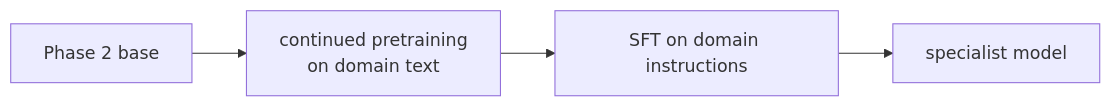
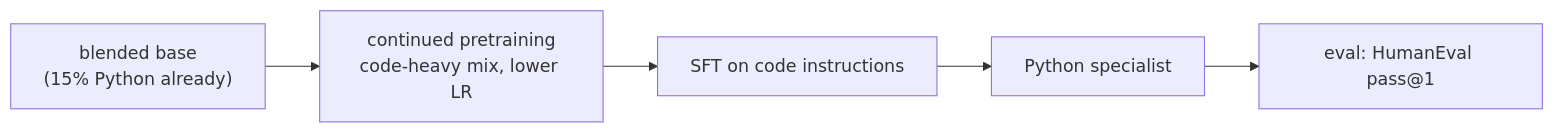
The diagram in docs/07-scaling.md (kunwarmahen/aksharallm), drawn with Mermaid before and after one commit. The commit also changed other lines of this file and 13 other files, not shown here.

First line of the commit message:
Add blended general+code pretraining; fix .gitignore excluding data/ source

````diff
--- a/docs/07-scaling.md
+++ b/docs/07-scaling.md
@@ -176,6 +191,7 @@
 ```mermaid
 flowchart LR
-    B[Phase 2 base] --> CP[continued pretraining<br/>on domain text]
-    CP --> SFT[SFT on domain instructions]
-    SFT --> M[specialist model]
+    B["blended base<br/>(15% Python already)"] --> CP["continued pretraining<br/>code-heavy mix, lower LR"]
+    CP --> SFT[SFT on code instructions]
+    SFT --> M[Python specialist]
+    M --> E["eval: HumanEval pass@1"]
 ```
````
